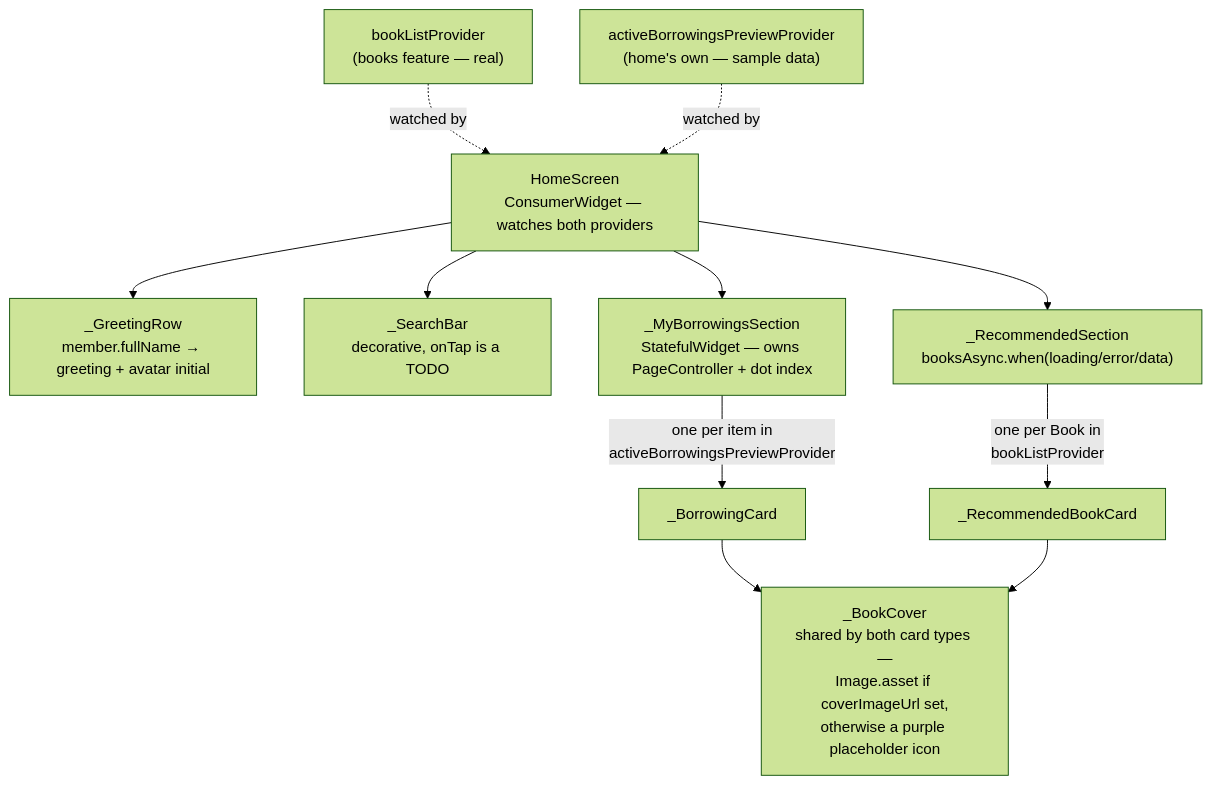
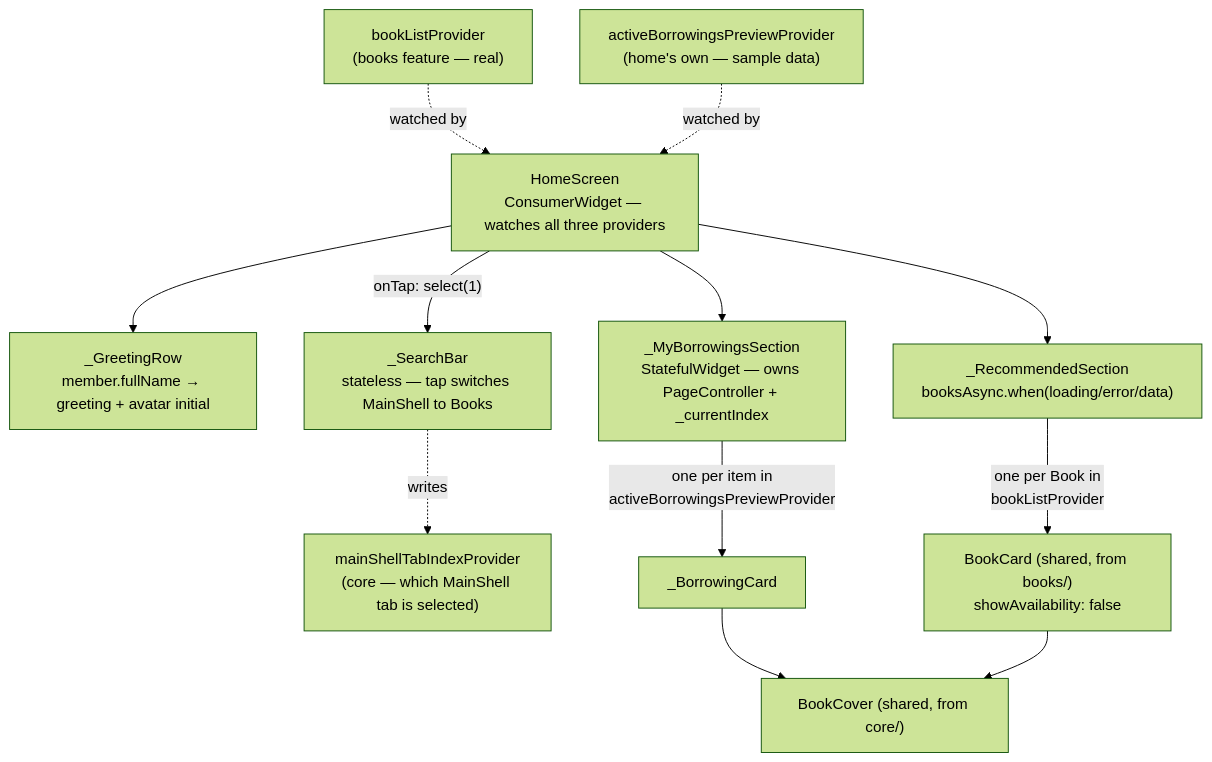
One commit to malindu-asc/Libra changed the fifth of 7 diagrams in ARCHITECTURE.md. Above: the diagram before and after it, drawn with Mermaid (forest theme). The commit also changed other lines of this file and 3 other files, not shown here.

````diff
--- a/ARCHITECTURE.md
+++ b/ARCHITECTURE.md
@@ -232,20 +234,22 @@
 ```mermaid
 flowchart TD
     BookListProvider["bookListProvider<br/>(books feature — real)"]
     BorrowingsProvider["activeBorrowingsPreviewProvider<br/>(home's own — sample data)"]
+    TabIndexProvider["mainShellTabIndexProvider<br/>(core — which MainShell tab is selected)"]
 
-    HomeScreen["HomeScreen<br/>ConsumerWidget — watches both providers"]
+    HomeScreen["HomeScreen<br/>ConsumerWidget — watches all three providers"]
     BookListProvider -.watched by.-> HomeScreen
     BorrowingsProvider -.watched by.-> HomeScreen
 
     HomeScreen --> GreetingRow["_GreetingRow<br/>member.fullName → greeting + avatar initial"]
-    HomeScreen --> SearchBar["_SearchBar<br/>decorative, onTap is a TODO"]
-    HomeScreen --> MyBorrowings["_MyBorrowingsSection<br/>StatefulWidget — owns PageController + dot index"]
+    HomeScreen -->|"onTap: select(1)"| SearchBar["_SearchBar<br/>stateless — tap switches MainShell to Books"]
+    SearchBar -.writes.-> TabIndexProvider
+    HomeScreen --> MyBorrowings["_MyBorrowingsSection<br/>StatefulWidget — owns PageController + _currentIndex"]
     HomeScreen --> Recommended["_RecommendedSection<br/>booksAsync.when(loading/error/data)"]
 
     MyBorrowings -->|"one per item in\nactiveBorrowingsPreviewProvider"| BorrowingCard["_BorrowingCard"]
-    Recommended -->|"one per Book in\nbookListProvider"| RecommendedCard["_RecommendedBookCard"]
+    Recommended -->|"one per Book in\nbookListProvider"| BookCard["BookCard (shared, from books/)<br/>showAvailability: false"]
 
-    BorrowingCard --> BookCover["_BookCover<br/>shared by both card types —\nImage.asset if coverImageUrl set,\notherwise a purple placeholder icon"]
-    RecommendedCard --> BookCover
+    BorrowingCard --> BookCover["BookCover (shared, from core/)"]
+    BookCard --> BookCover
 ```
````
